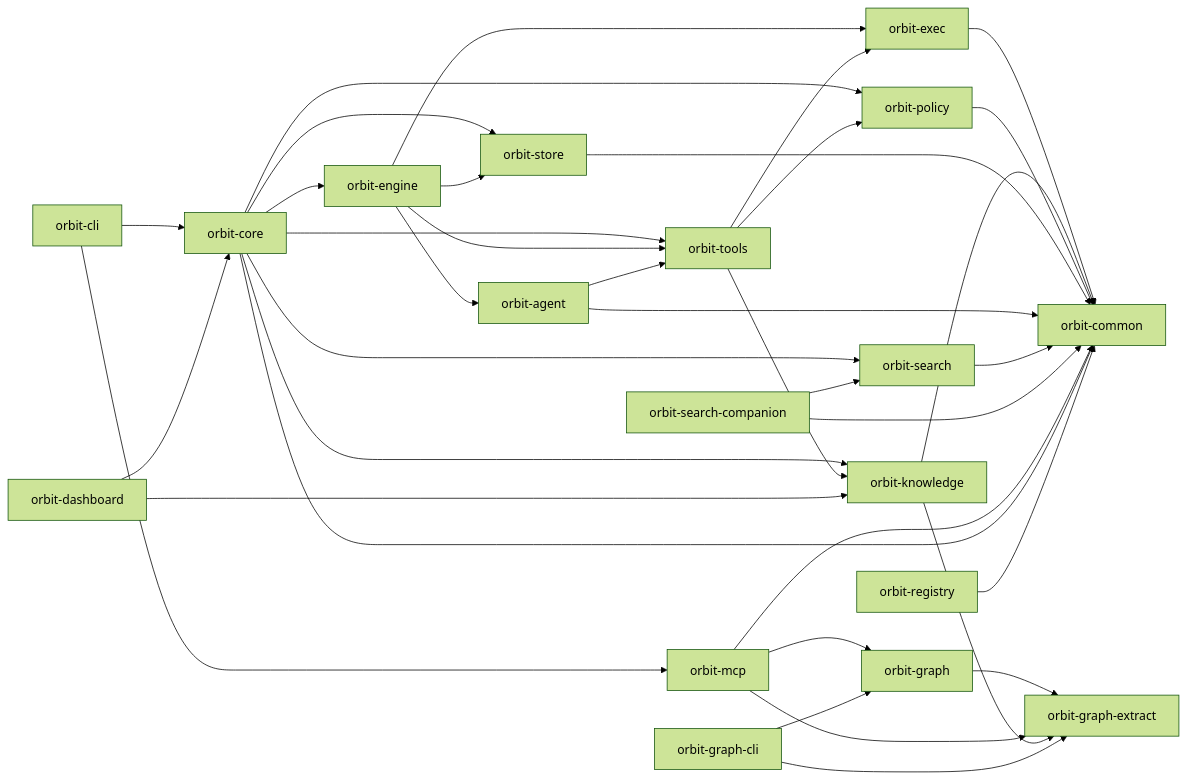
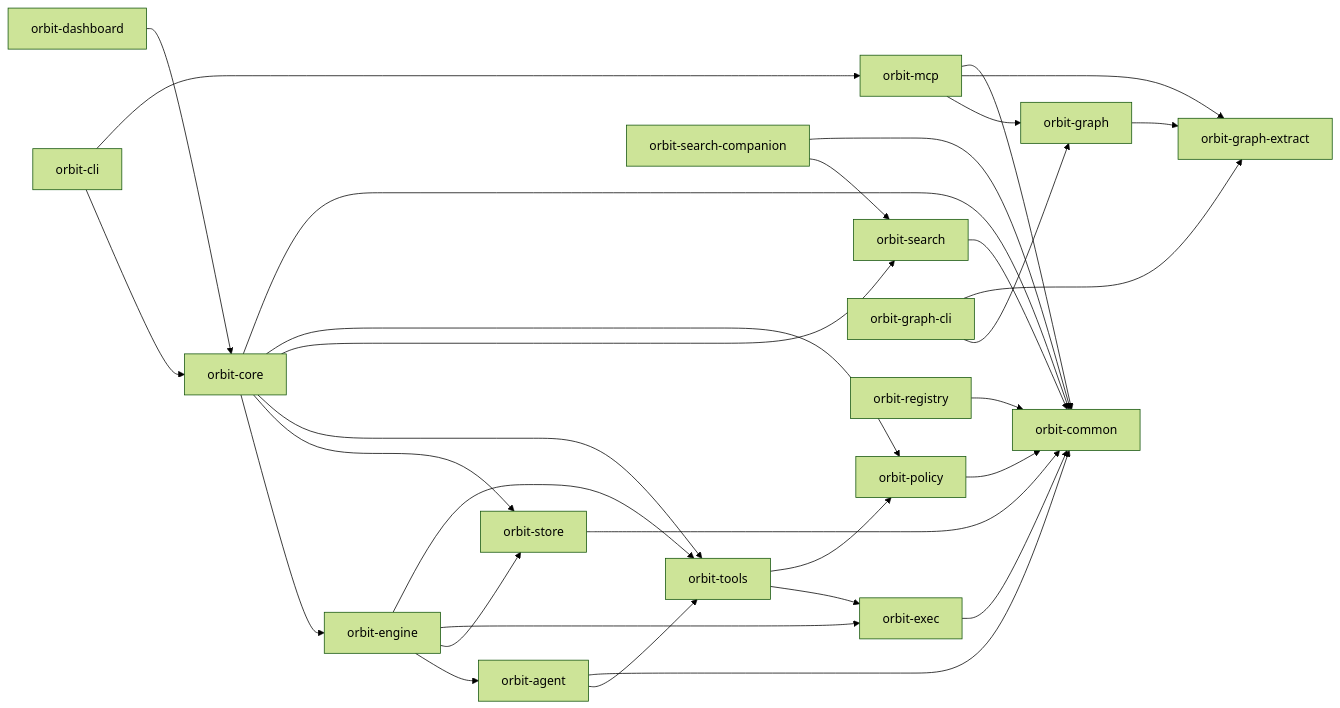
The diagram in ARCHITECTURE.md (danieljhkim/orbit), drawn with Mermaid (forest theme) before and after one commit. The commit also changed other lines of this file and 209 other files, not shown here.

First line of the commit message:
feat: cut over to orbit-graph (v2) and decommission orbit-knowledge [ORB-00391]

````diff
--- a/ARCHITECTURE.md
+++ b/ARCHITECTURE.md
@@ -5,38 +5,33 @@
 ```mermaid
 flowchart LR
   CLI["orbit-cli"] --> Core["orbit-core"]
   CLI --> MCP["orbit-mcp"]
   Core --> Engine["orbit-engine"]
   Core --> Store["orbit-store"]
   Core --> Tools["orbit-tools"]
   Core --> Search["orbit-search"]
-  Core --> Knowledge["orbit-knowledge"]
   Core --> Policy["orbit-policy"]
   Engine --> Agent["orbit-agent"]
   Engine --> Store
   Engine --> Exec["orbit-exec"]
   Engine --> Tools
   Agent --> Tools
   Graph["orbit-graph"] --> GraphExtract["orbit-graph-extract"]
   MCP --> Graph
   MCP --> GraphExtract
   Tools --> Exec["orbit-exec"]
-  Tools --> Knowledge
   Tools --> Policy
-  Knowledge --> GraphExtract["orbit-graph-extract"]
   Exec --> Common["orbit-common"]
-  Knowledge --> Common
   Policy --> Common
   Store --> Common
   Agent --> Common
   Search --> Common
   SearchCompanion["orbit-search-companion"] --> Search
   SearchCompanion --> Common
   GraphCli["orbit-graph-cli"] --> Graph
   GraphCli --> GraphExtract
   MCP --> Common
   Dashboard["orbit-dashboard"] --> Core
-  Dashboard --> Knowledge
   Core --> Common
   Registry["orbit-registry"] --> Common
 ```
````
